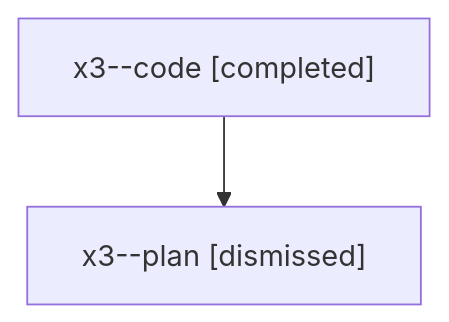
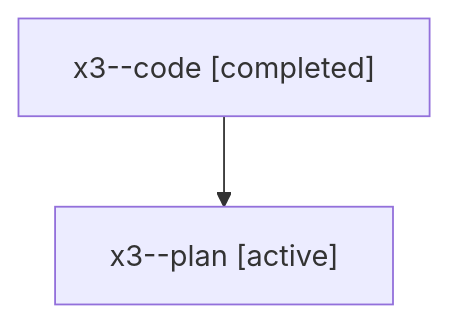
Before and after one commit to sase-org/sase--agents: the diagram in families/bbugyi200.athena.x3.md, drawn with Mermaid. The commit also changed other lines of this file and 35830 other files, not shown here.

````diff
--- a/families/bbugyi200.athena.x3.md
+++ b/families/bbugyi200.athena.x3.md
@@ -9,6 +9,6 @@
 ```mermaid
 flowchart TD
   n0["x3--code [completed]"]
-  n1["x3--plan [dismissed]"]
+  n1["x3--plan [active]"]
   n0 --> n1
 ```
````
